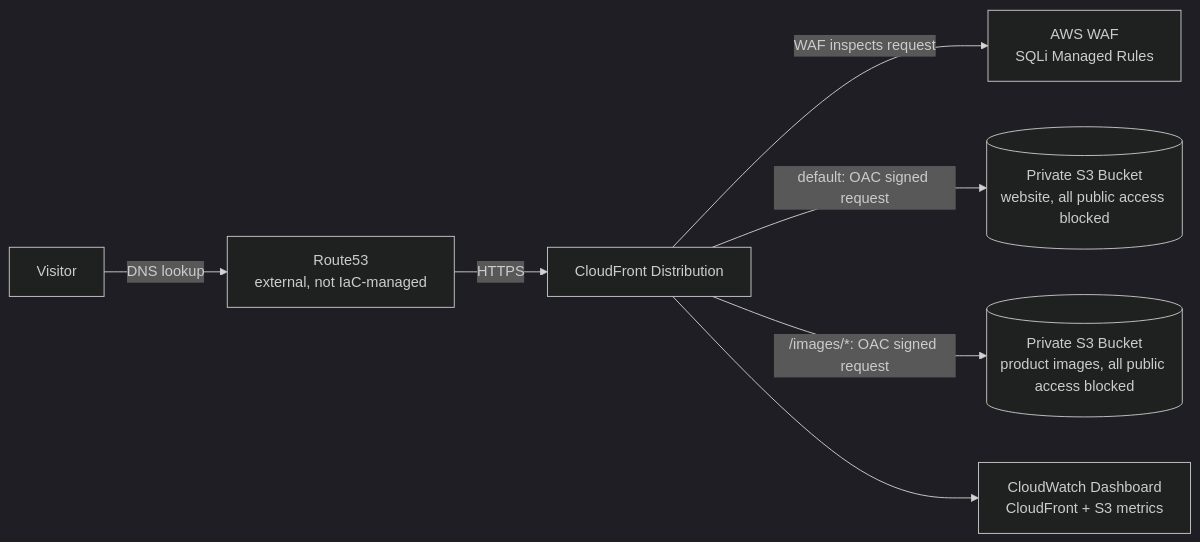
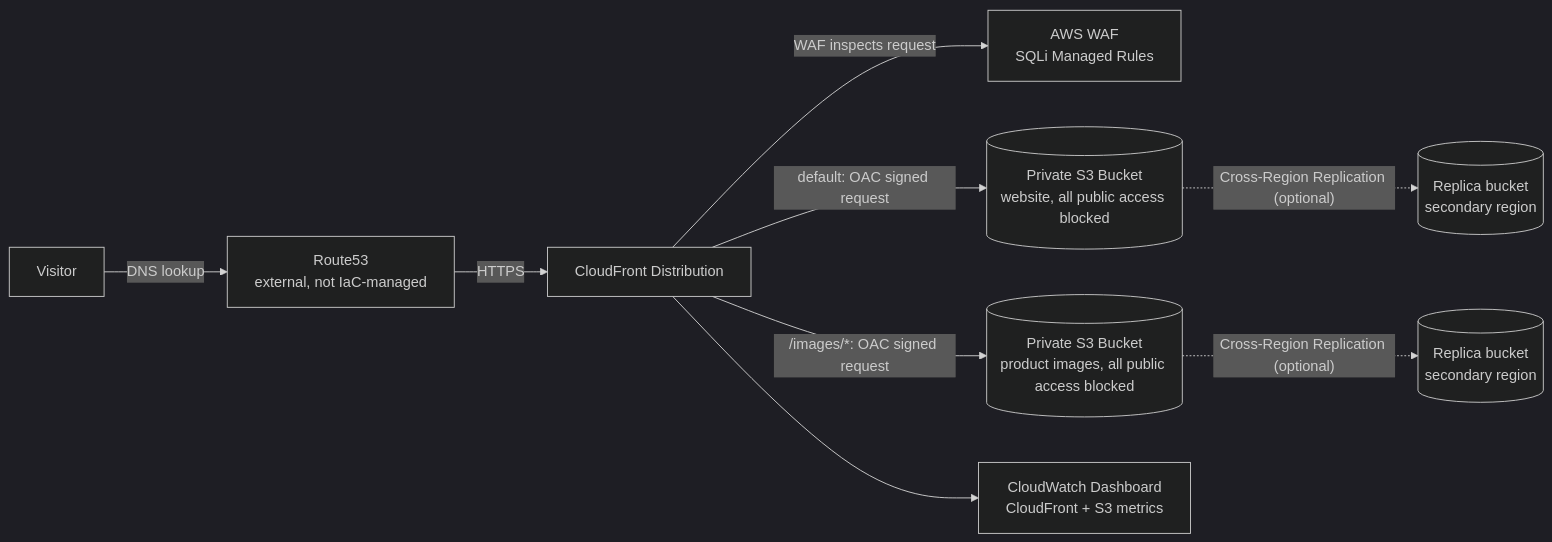
One commit to bdahiya2007/secure-static-website-aws changed the first of 2 diagrams in README.md. Above: the diagram before and after it, drawn with Mermaid (dark theme). The commit also changed other lines of this file and 4 other files, not shown here.

First line of the commit message:
Add S3 Cross-Region Replication for disaster recovery

````diff
--- a/README.md
+++ b/README.md
@@ -20,9 +20,11 @@
 ```mermaid
 flowchart LR
     Visitor -->|DNS lookup| Route53[Route53<br/>external, not IaC-managed]
     Route53 -->|HTTPS| CloudFront[CloudFront Distribution]
     CloudFront -->|WAF inspects request| WAF[AWS WAF<br/>SQLi Managed Rules]
     CloudFront -->|"default: OAC signed request"| S3[(Private S3 Bucket<br/>website, all public access blocked)]
     CloudFront -->|"/images/*: OAC signed request"| S3Images[(Private S3 Bucket<br/>product images, all public access blocked)]
     CloudFront --> CW[CloudWatch Dashboard<br/>CloudFront + S3 metrics]
+    S3 -.->|"Cross-Region Replication (optional)"| S3DR[(Replica bucket<br/>secondary region)]
+    S3Images -.->|"Cross-Region Replication (optional)"| S3ImagesDR[(Replica bucket<br/>secondary region)]
 ```
````
